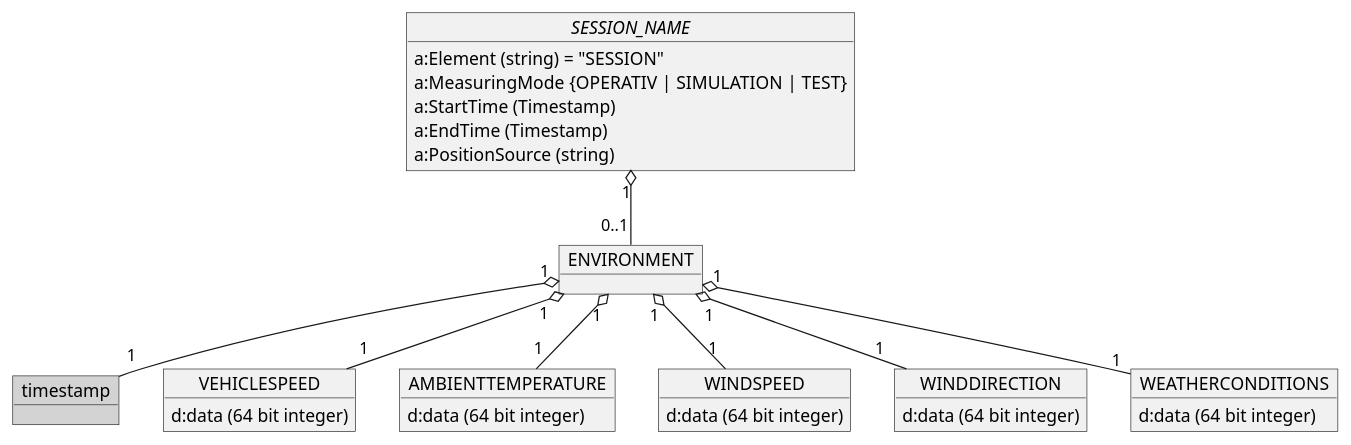
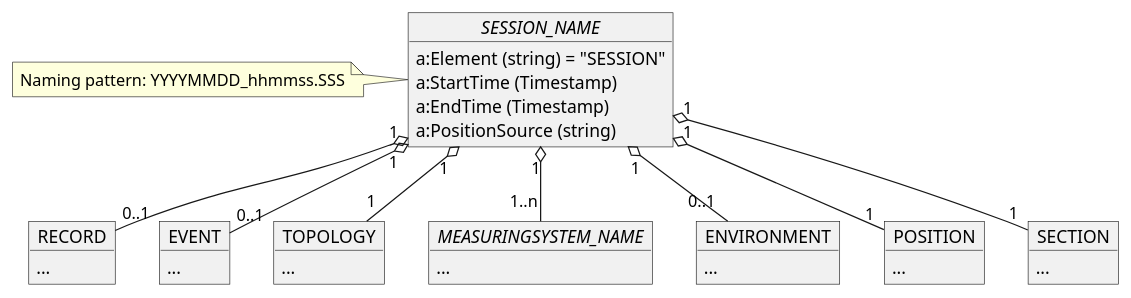
One commit to OpenRailAssociation/rcm-dx changed the fourth of 12 diagrams in images/RCM-DX_images.puml. Above: the diagram before and after it, drawn with PlantUML. The commit also changed other lines of this file and 22 other files, not shown here.

Commit message:
New Images for group overview and main structure added. Fixed some images and its content.

```diff
--- a/images/RCM-DX_images.puml
+++ b/images/RCM-DX_images.puml
@@ -348,43 +96,45 @@
-@startuml RCM_DX_Environment_overview
+@startuml rcmdx_session_group
 
   object "//SESSION_NAME//" as session_name {
     a:Element (string) = "SESSION"
-    a:MeasuringMode {OPERATIV | SIMULATION | TEST}
     a:StartTime (Timestamp)
     a:EndTime (Timestamp)
     a:PositionSource (string)
+  } 
+  note left: Naming pattern: YYYYMMDD_hhmmss.SSS
+
+  object RECORD {
+    ...
   }
+  session_name "1" o-- "0..1" RECORD
 
-  object ENVIRONMENT 
+  object EVENT {
+    ...
+  }
+  session_name "1" o-- "0..1" EVENT
 
-  object timestamp #LightGray
+  object TOPOLOGY {
+    ...
+  }
+  session_name "1" o-- "1" TOPOLOGY
 
-  object VEHICLESPEED {
-    d:data (64 bit integer)
+  object "//MEASURINGSYSTEM_NAME//" as MEASURINGSYSTEM {
+    ...
   }
+  session_name "1" o-- "1..n" MEASURINGSYSTEM
 
-  object AMBIENTTEMPERATURE {
-    d:data (64 bit integer)
+  object ENVIRONMENT {
+    ...
   }
+  session_name "1" o-- "0..1" ENVIRONMENT
 
-  object WINDSPEED {
-    d:data (64 bit integer)
+  object POSITION {
+    ...
   }
+  session_name "1" o-- "1" POSITION
 
-  object WINDDIRECTION {
-    d:data (64 bit integer)
+  object SECTION {
+    ...
   }
-
-  object WEATHERCONDITIONS {
-    d:data (64 bit integer)
-  }
-
-  session_name "1" o-- "0..1" ENVIRONMENT
-  ENVIRONMENT "1" o-- "1" VEHICLESPEED
-  ENVIRONMENT "1" o-- "1" AMBIENTTEMPERATURE
-  ENVIRONMENT "1" o-- "1" WINDSPEED
-  ENVIRONMENT "1" o-- "1" WINDDIRECTION
-  ENVIRONMENT "1" o-- "1" WEATHERCONDITIONS
-  ENVIRONMENT "1" o-- "1" timestamp
-
+  session_name "1" o-- "1" SECTION
 @enduml
```
